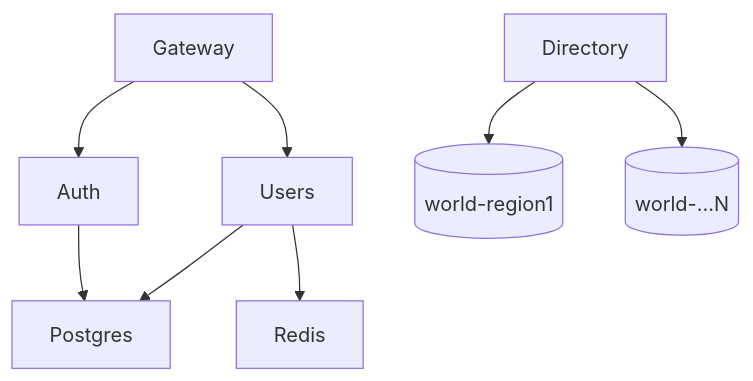
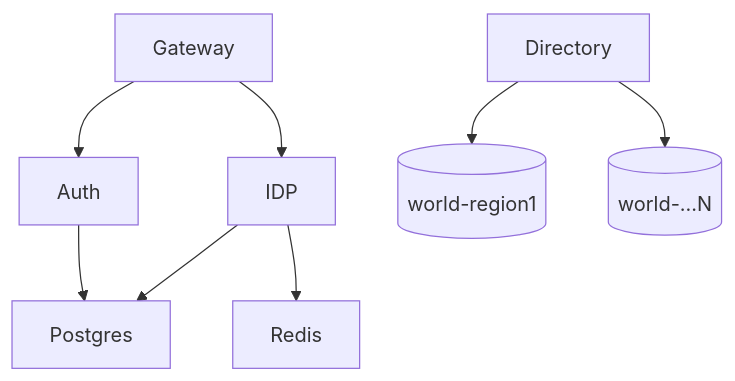
The second of 3 diagrams in docs/architecture/C4.md (leonardoigor/pokeMMo), drawn with Mermaid before and after one commit. The commit also changed other lines of this file and 70 other files, not shown here.

````diff
--- a/docs/architecture/C4.md
+++ b/docs/architecture/C4.md
@@ -66,10 +66,10 @@
 ```mermaid
 flowchart TB
   Gateway --> Auth
-  Gateway --> Users
+  Gateway --> IDP
   Directory --> World1[(world-region1)]
   Directory --> WorldN[(world-...N)]
   Auth --> Postgres
-  Users --> Postgres
-  Users --> Redis
+  IDP --> Postgres
+  IDP --> Redis
 ```
````
